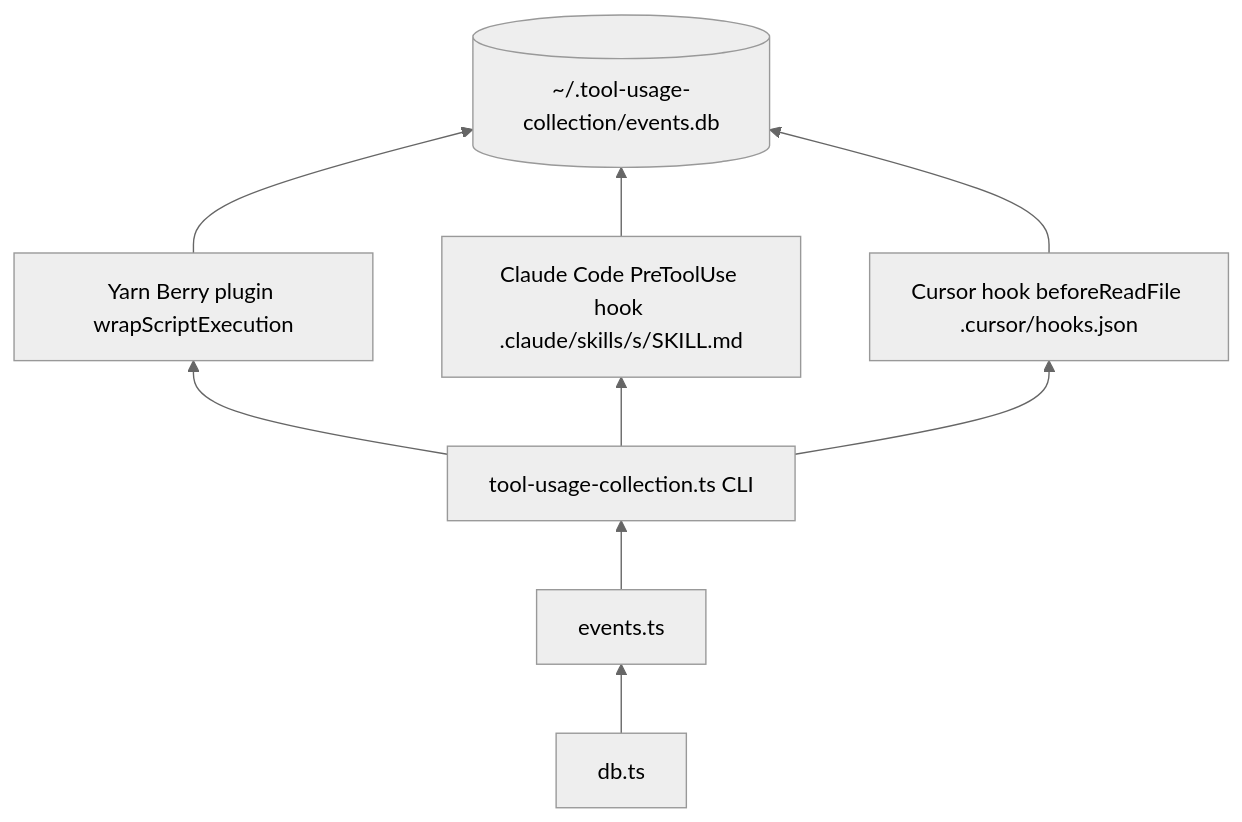
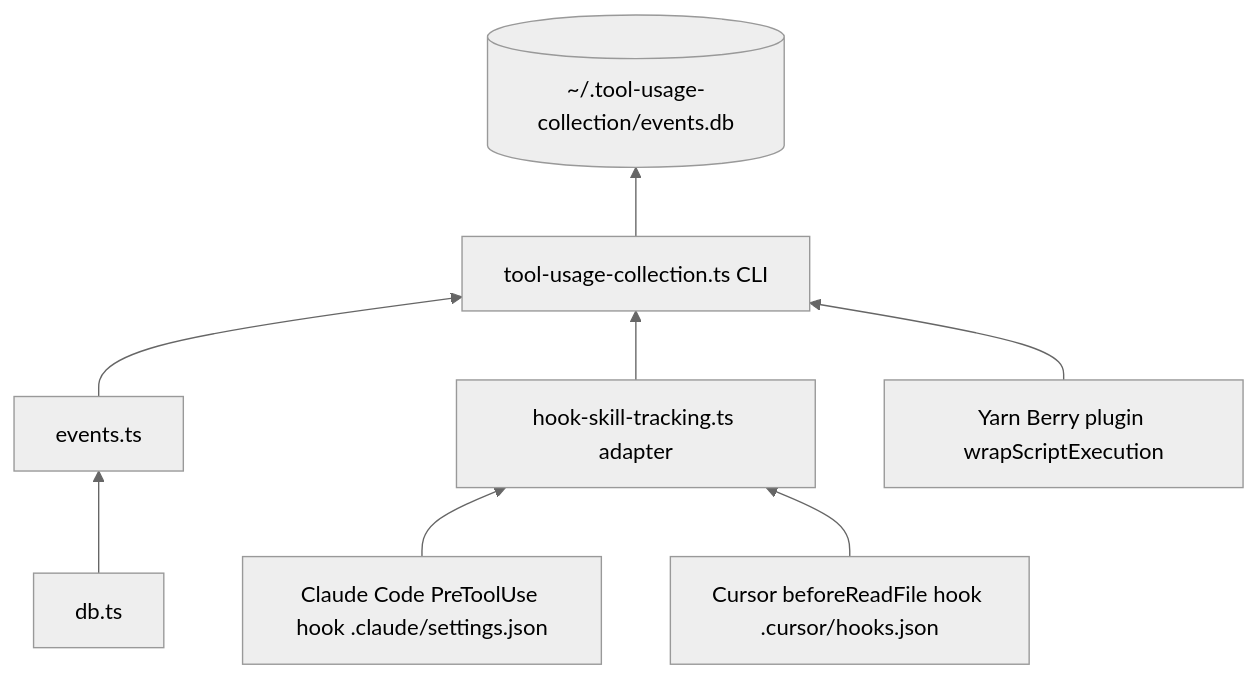
One commit to MetaMask/metamask-mobile changed the diagram in scripts/tooling/README.md. Above: the diagram before and after it, drawn with Mermaid (neutral theme). The commit also changed other lines of this file and 8 other files, not shown here.

First line of the commit message:
refactor(tooling): unify skill tracking hook for Cursor and Claude

````diff
--- a/scripts/tooling/README.md
+++ b/scripts/tooling/README.md
@@ -39,14 +39,18 @@
 ```mermaid
 flowchart BT
     db[db.ts]
     events[events.ts]
     cli[tool-usage-collection.ts CLI]
+    adapter[hook-skill-tracking.ts adapter]
     yarn[Yarn Berry plugin wrapScriptExecution]
-    claude[Claude Code PreToolUse hook .claude/skills/s/SKILL.md]
-    cursor[Cursor hook beforeReadFile .cursor/hooks.json]
+    claude[Claude Code PreToolUse hook .claude/settings.json]
+    cursor[Cursor beforeReadFile hook .cursor/hooks.json]
     sqlite[(~/.tool-usage-collection/events.db)]
 
     db --> events --> cli
-    cli --> yarn & claude & cursor
-    yarn & claude & cursor --> sqlite
+    claude --> adapter
+    cursor --> adapter
+    adapter --> cli
+    yarn --> cli
+    cli --> sqlite
 ```
````
